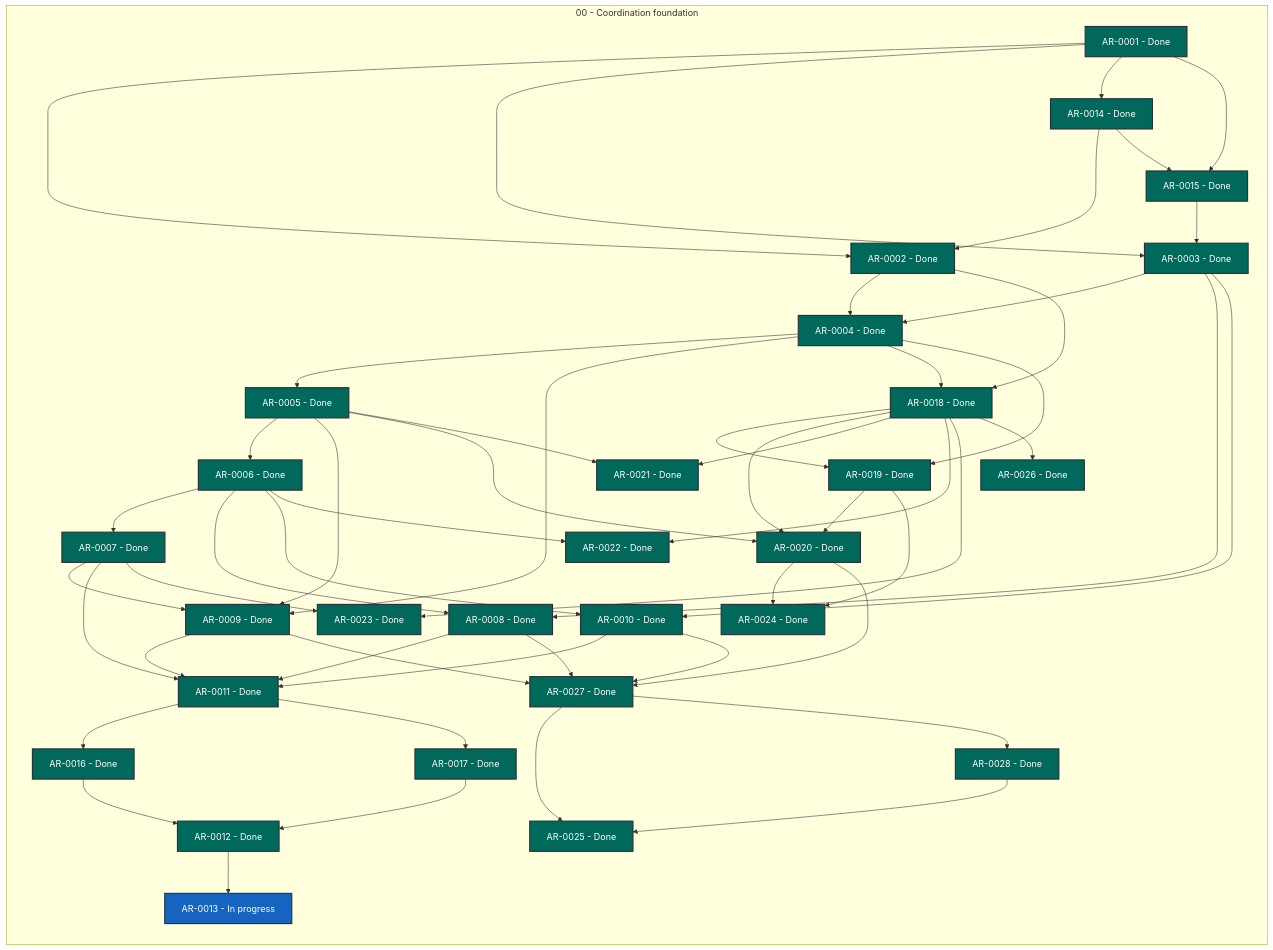
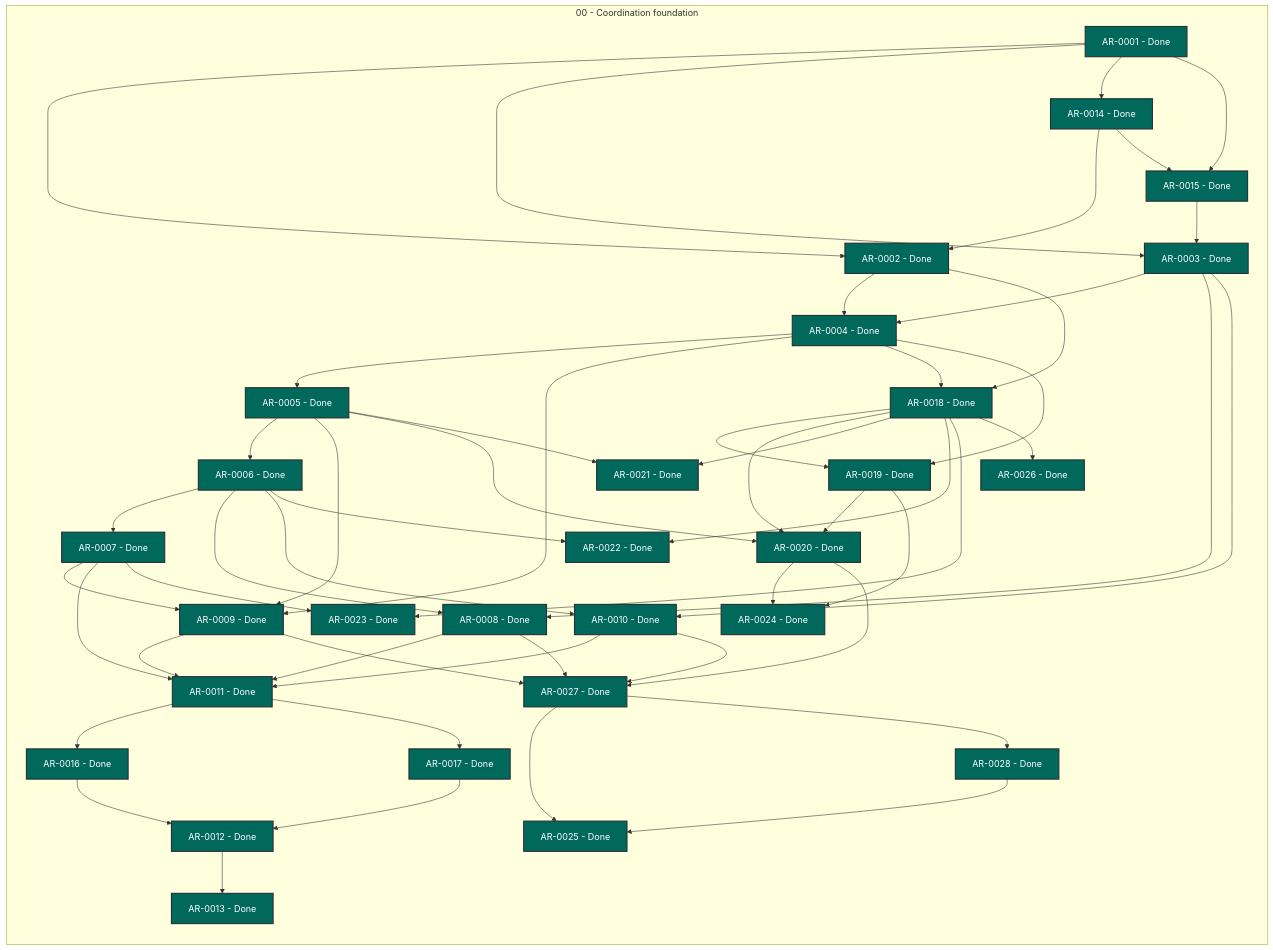
Before and after one commit to martin-beck/agent-workflow-tui-state: the diagram in STATUS.md, drawn with Mermaid. The commit also changed other lines of this file and 2 other files, not shown here.

```diff
--- a/STATUS.md
+++ b/STATUS.md
@@ -40,7 +40,7 @@
         AR_0010["AR-0010 - Done"]:::status_done
         AR_0011["AR-0011 - Done"]:::status_done
         AR_0012["AR-0012 - Done"]:::status_done
-        AR_0013["AR-0013 - In progress"]:::status_in_progress
+        AR_0013["AR-0013 - Done"]:::status_done
         AR_0014["AR-0014 - Done"]:::status_done
         AR_0015["AR-0015 - Done"]:::status_done
         AR_0016["AR-0016 - Done"]:::status_done
```
